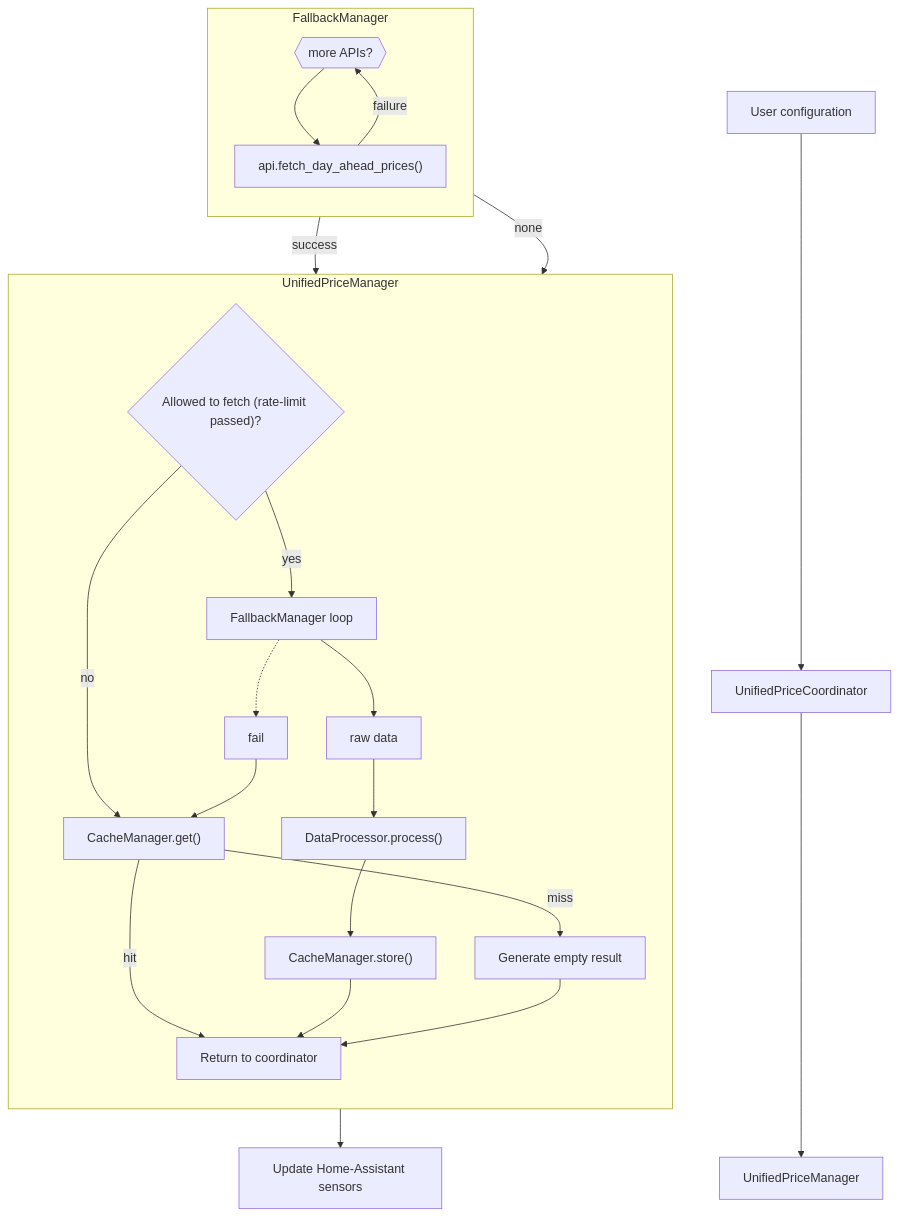
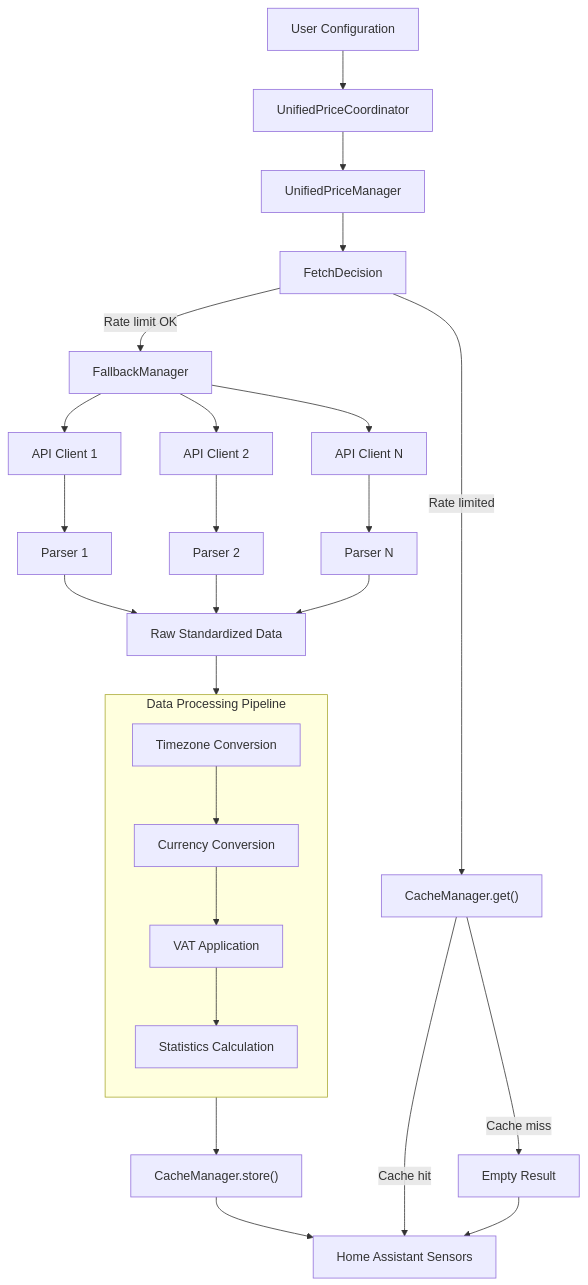
Before and after one commit to enoch85/ge-spot: the first of 4 diagrams in README.md, drawn with Mermaid. The commit also changed other lines of this file, not shown here.

````diff
--- a/README.md
+++ b/README.md
@@ -159,45 +457,37 @@
 ```mermaid
 flowchart TD
-    %% ───────────── ENTRY ─────────────
-    Config["User configuration"] --> Coord["UnifiedPriceCoordinator"]
-    Coord --> UPM_Start["UnifiedPriceManager"]
-
-    %% ────────── MANAGER ──────────
-    subgraph UPM["UnifiedPriceManager"]
+    Config["User Configuration"] --> Coord["UnifiedPriceCoordinator"]
+    Coord --> UPM["UnifiedPriceManager"]
+    
+    UPM --> FetchDecision["FetchDecision"]
+    FetchDecision --> |"Rate limit OK"| FallbackMgr["FallbackManager"]
+    FetchDecision --> |"Rate limited"| Cache["CacheManager.get()"]
+    
+    FallbackMgr --> API1["API Client 1"]
+    FallbackMgr --> API2["API Client 2"] 
+    FallbackMgr --> APIN["API Client N"]
+    
+    API1 --> Parser1["Parser 1"]
+    API2 --> Parser2["Parser 2"]
+    APIN --> ParserN["Parser N"]
+    
+    Parser1 --> RawData["Raw Standardized Data"]
+    Parser2 --> RawData
+    ParserN --> RawData
+    
+    RawData --> DataProcessor["DataProcessor"]
+    
+    subgraph DataProcessor["Data Processing Pipeline"]
         direction TB
-        RL{"Allowed to fetch (rate-limit passed)?"}
-        UseCache["CacheManager.get()"]
-        UseFallback["FallbackManager loop"]
-        Process["DataProcessor.process()"]
-        CacheStore["CacheManager.store()"]
-        Empty["Generate empty result"]
-        Final["Return to coordinator"]
-
-        RL -- no --> UseCache
-        RL -- yes --> UseFallback
-
-        UseCache -- hit --> Final
-        UseCache -- miss --> Empty
-
-        UseFallback --> FB_OK
-        FB_OK --> Process --> CacheStore --> Final
-        UseFallback -.-> FB_Fail
-        FB_Fail --> UseCache
-
-        Empty --> Final
+        TZ["Timezone Conversion"] --> Currency["Currency Conversion"]
+        Currency --> VAT["VAT Application"]
+        VAT --> Stats["Statistics Calculation"]
     end
-
-    %% ────── FALLBACK DETAIL ──────
-    subgraph FallbackLoop["FallbackManager"]
-        direction TB
-        More{{"more APIs?"}}
-        APICall["api.fetch_day_ahead_prices()"]
-        More --> APICall
-        APICall -- success --> FB_OK["raw data"]
-        APICall -- failure --> More
-        More -- none --> FB_Fail["fail"]
-    end
-
-    %% ────── OUTPUT ──────
-    Final --> Sensors["Update Home-Assistant sensors"]
+    
+    DataProcessor --> CacheStore["CacheManager.store()"]
+    CacheStore --> Sensors["Home Assistant Sensors"]
+    
+    Cache --> |"Cache hit"| Sensors
+    Cache --> |"Cache miss"| EmptyResult["Empty Result"]
+    EmptyResult --> Sensors
 ```
````
